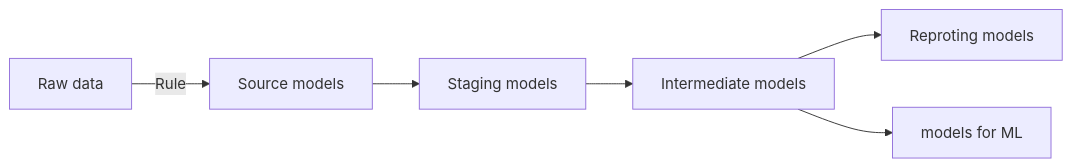
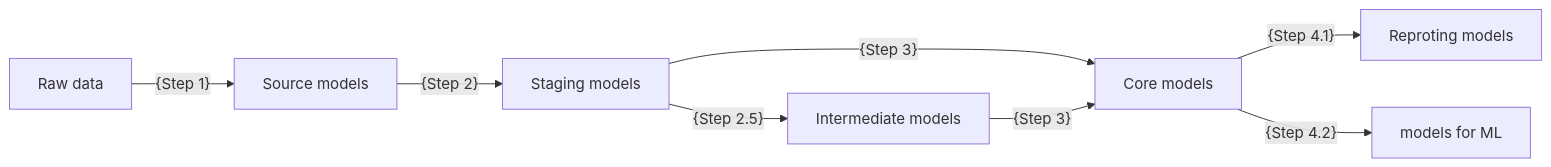
Before and after one commit to data-hanalytics-io/dbt-template-hanalytics: the diagram in README.md, drawn with Mermaid. The commit also changed other lines of this file, not shown here.

````diff
--- a/README.md
+++ b/README.md
@@ -16,8 +17,10 @@
 ```mermaid
 graph LR
-A[Raw data] -- Rule --> B[Source models]
-B[Source models] --> C[Staging models]
-C[Staging models] --> D[Intermediate models]
-D[Intermediate models] --> E[Reproting models]
-D[Intermediate models] --> F[models for ML]
+A[Raw data] -- {Step 1} --> B[Source models]
+B[Source models] -- {Step 2} --> C[Staging models]
+C[Staging models] -- {Step 2.5} --> D[Intermediate models]
+C[Staging models] -- {Step 3} --> E[Core models]
+D[Intermediate models] -- {Step 3} --> E[Core models]
+E[Core models] -- {Step 4.1} --> F[Reproting models]
+E[Core models] -- {Step 4.2} --> G[models for ML]
 ```
````
